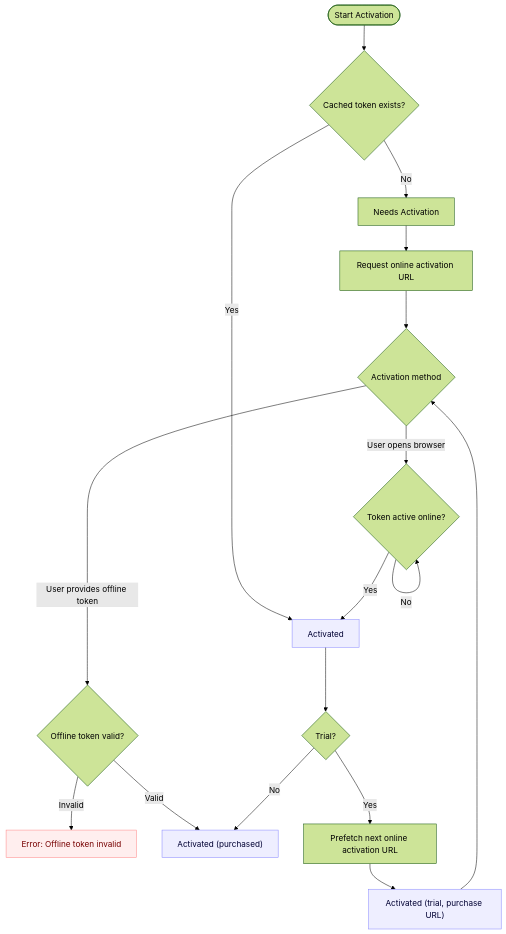
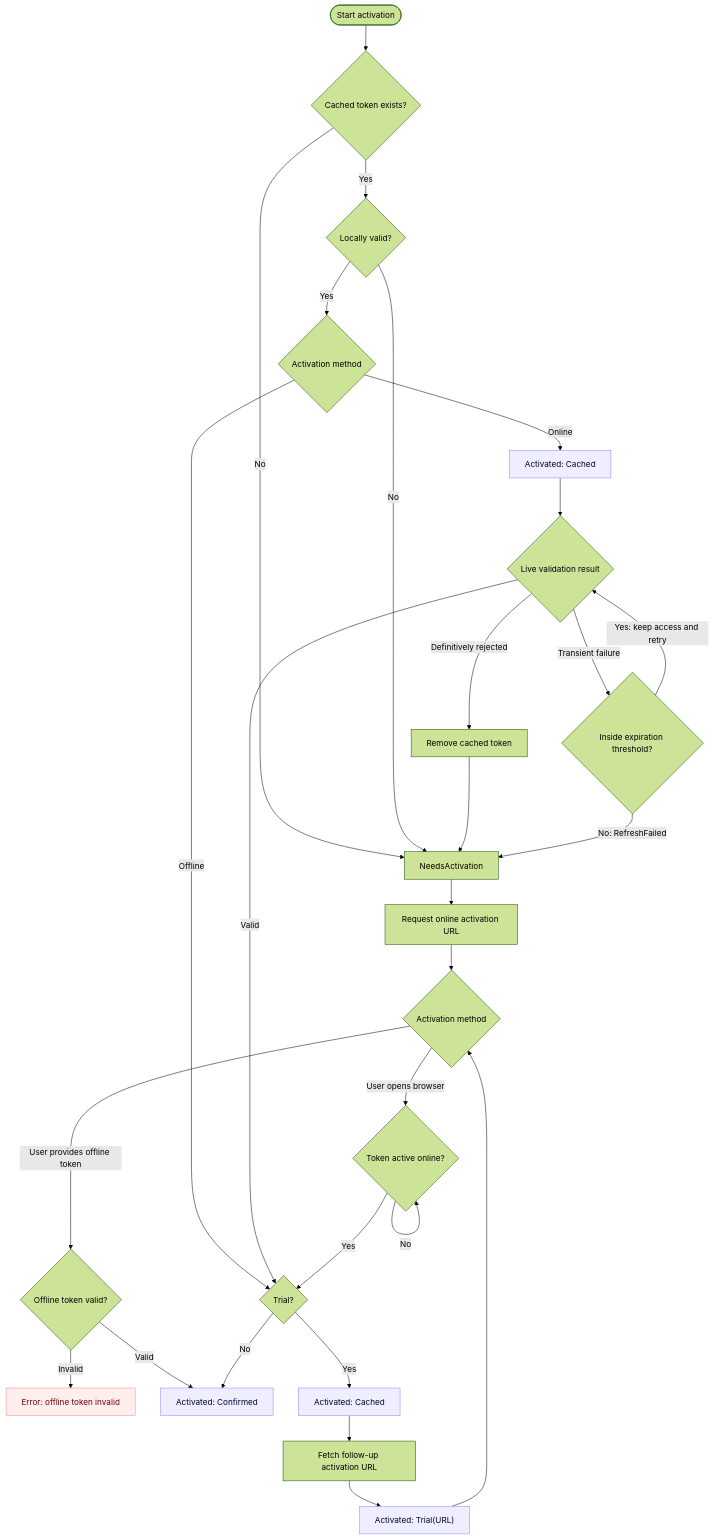
One commit to CrushedPixel/moonbase-licensing changed the diagram in README.md. Above: the diagram before and after it, drawn with Mermaid (forest theme). The commit also changed other lines of this file and 2 other files, not shown here.

Commit message:
Immediately accept locally valid cached licenses

````diff
--- a/README.md
+++ b/README.md
@@ -100,29 +101,40 @@
 ```mermaid
 ---
 config:
   layout: dagre
 ---
 flowchart TD
-    Start(["Start Activation"]) --> Cache{"Cached token exists?"}
-    Cache -- No --> Needs["Needs Activation"]
-    Cache -- Yes --> Activated["Activated"]
+    Start(["Start activation"]) --> Cache{"Cached token exists?"}
+    Cache -- No --> Needs["NeedsActivation"]
+    Cache -- Yes --> Local{"Locally valid?"}
+    Local -- No --> Needs
+    Local -- Yes --> Method{"Activation method"}
+    Method -- Offline --> Trial
+    Method -- Online --> Cached["Activated: Cached"]
+    Cached --> Validate{"Live validation result"}
+    Validate -- Valid --> Trial{"Trial?"}
+    Validate -- Definitively rejected --> Remove["Remove cached token"] --> Needs
+    Validate -- Transient failure --> Age{"Inside expiration threshold?"}
+    Age -- "Yes: keep access and retry" --> Validate
+    Age -- "No: RefreshFailed" --> Needs
     Needs --> Request["Request online activation URL"]
     Request --> Choice{"Activation method"}
     Choice -- User provides offline token --> Offline{"Offline token valid?"}
-    Offline -- Invalid --> Error["Error: Offline token invalid"]
-    Offline -- Valid --> Paid
+    Offline -- Invalid --> Error["Error: offline token invalid"]
+    Offline -- Valid --> Confirmed
     Choice -- User opens browser --> Poll{"Token active online?"}
     Poll -- No --> Poll
-    Poll -- Yes --> Activated
-    Activated --> Trial{"Trial?"}
-    Trial -- No --> Paid["Activated (purchased)"]
-    Trial -- Yes --> Prefetch
-    Prefetch["Prefetch next online activation URL"] --> TrialUrl["Activated (trial, purchase URL)"]
+    Poll -- Yes --> Trial
+    Trial -- No --> Confirmed["Activated: Confirmed"]
+    Trial -- Yes --> PendingTrial["Activated: Cached"]
+    PendingTrial --> Prefetch["Fetch follow-up activation URL"]
+    Prefetch --> TrialUrl["Activated: Trial(URL)"]
     TrialUrl --> Choice
-     Activated:::state
+     Cached:::state
+     Confirmed:::state
+     PendingTrial:::state
      TrialUrl:::state
-     Paid:::state
      Error:::err
     classDef state fill:#eef,stroke:#88f,color:#003
     classDef err fill:#fee,stroke:#f88,color:#700
 ```
````
